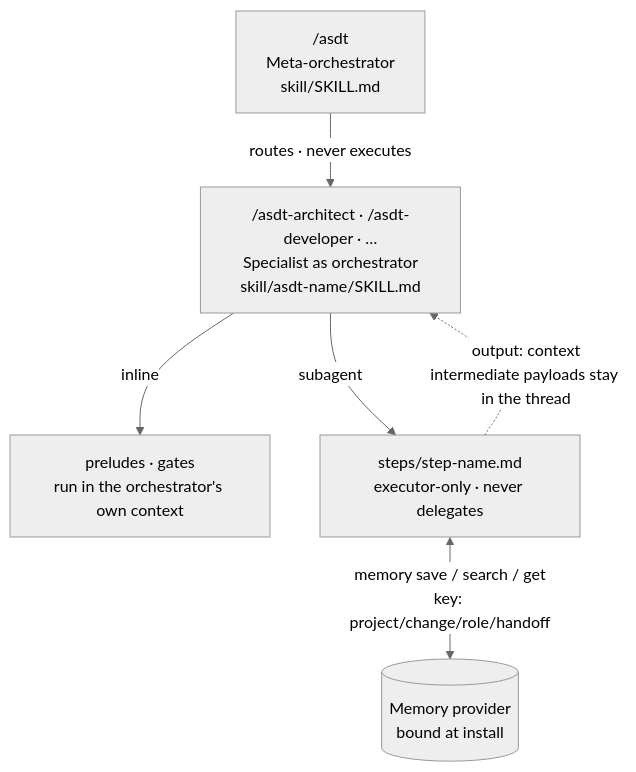
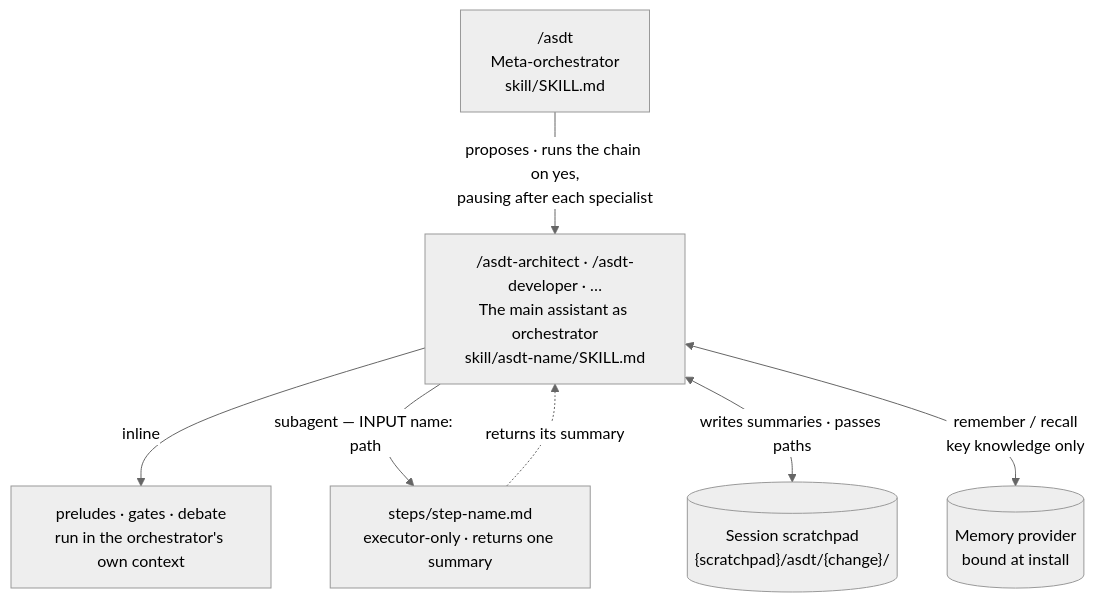
One commit to vitualizz/asdt changed the diagram in skill/README.md. Above: the diagram before and after it, drawn with Mermaid (neutral theme). The commit also changed other lines of this file and 70 other files, not shown here.

First line of the commit message:
feat(core): orchestrator-owned state, scratchpad summaries, memory as recall

````diff
--- a/skill/README.md
+++ b/skill/README.md
@@ -7,13 +7,14 @@
 ```mermaid
 flowchart TD
     A["/asdt\nMeta-orchestrator\nskill/SKILL.md"]
-    A -->|routes · never executes| B
+    A -->|"proposes · runs the chain on yes,\npausing after each specialist"| B
 
-    B["/asdt-architect · /asdt-developer · …\nSpecialist as orchestrator\nskill/asdt-name/SKILL.md"]
+    B["/asdt-architect · /asdt-developer · …\nThe main assistant as orchestrator\nskill/asdt-name/SKILL.md"]
 
-    B -->|inline| C["preludes · gates\nrun in the orchestrator's own context"]
-    B -->|subagent| D["steps/step-name.md\nexecutor-only · never delegates"]
+    B -->|inline| C["preludes · gates · debate\nrun in the orchestrator's own context"]
+    B -->|"subagent — INPUT name: path"| D["steps/step-name.md\nexecutor-only · returns one summary"]
 
-    D -.->|"output: context\nintermediate payloads stay in the thread"| B
-    D <-->|"memory save / search / get\nkey: project/change/role/handoff"| E[(Memory provider\nbound at install)]
+    D -.->|returns its summary| B
+    B <-->|"writes summaries · passes paths"| S[("Session scratchpad\n{scratchpad}/asdt/{change}/")]
+    B <-->|"remember / recall\nkey knowledge only"| E[(Memory provider\nbound at install)]
 ```
````
